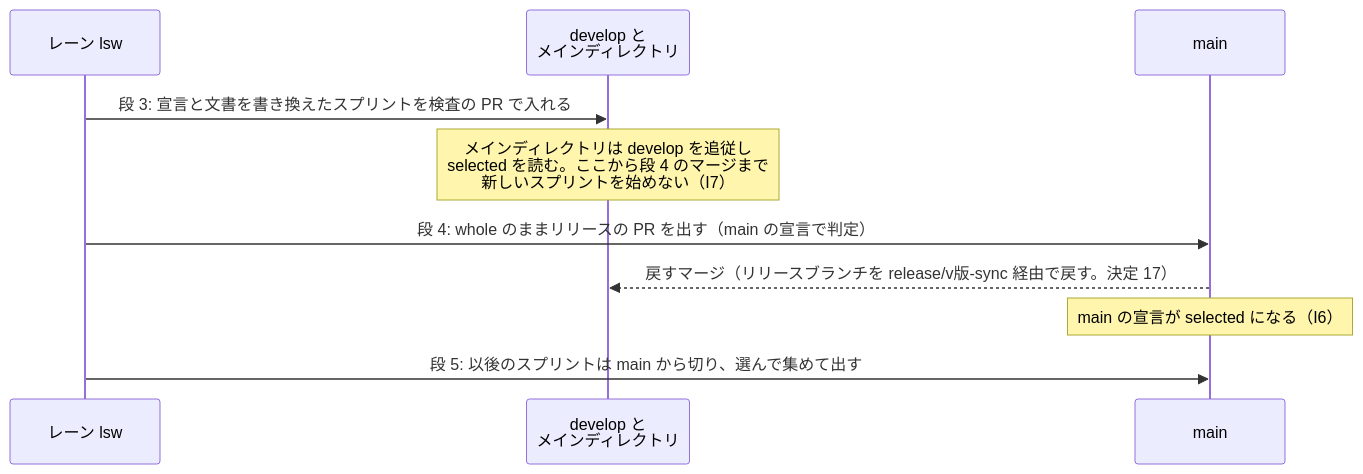
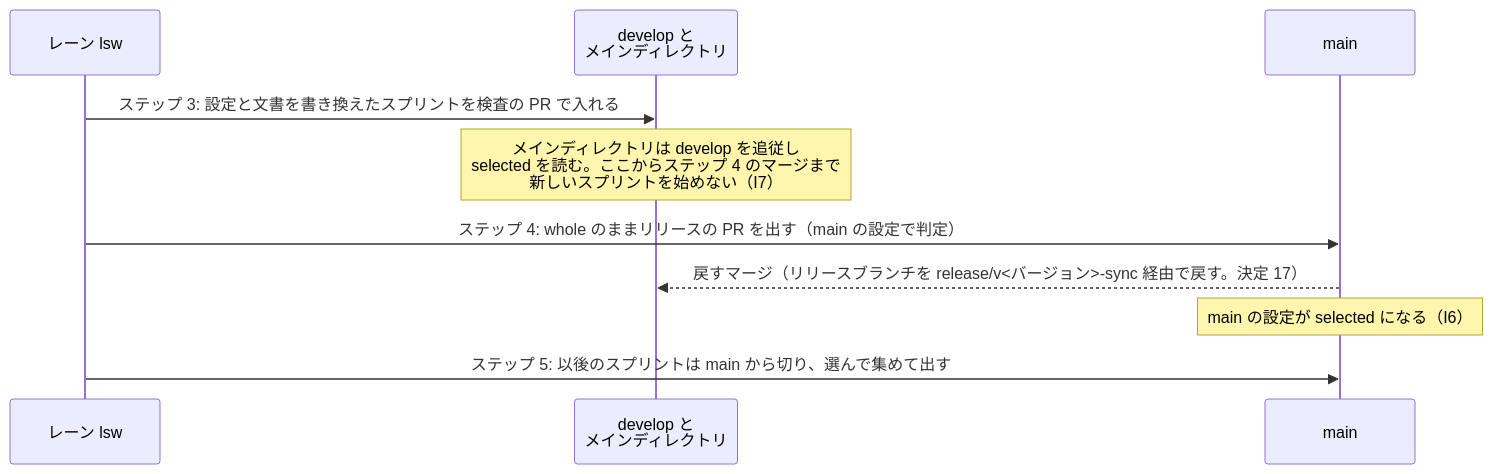
Before and after one commit to devbasex/ai-plugins: the second of 3 diagrams in issues/issue-3119-design.md, drawn with Mermaid. The commit also changed other lines of this file and 8 other files, not shown here.

````diff
--- a/issues/issue-3119-design.md
+++ b/issues/issue-3119-design.md
@@ -196,12 +196,12 @@
 ```mermaid
 sequenceDiagram
     participant L as レーン lsw
     participant D as develop と<br/>メインディレクトリ
     participant M as main
-    L->>D: 段 3: 宣言と文書を書き換えたスプリントを検査の PR で入れる
-    Note over D: メインディレクトリは develop を追従し<br/>selected を読む。ここから段 4 のマージまで<br/>新しいスプリントを始めない（I7）
-    L->>M: 段 4: whole のままリリースの PR を出す（main の宣言で判定）
-    M-->>D: 戻すマージ（リリースブランチを release/v版-sync 経由で戻す。決定 17）
-    Note over M: main の宣言が selected になる（I6）
-    L->>M: 段 5: 以後のスプリントは main から切り、選んで集めて出す
+    L->>D: ステップ 3: 設定と文書を書き換えたスプリントを検査の PR で入れる
+    Note over D: メインディレクトリは develop を追従し<br/>selected を読む。ここからステップ 4 のマージまで<br/>新しいスプリントを始めない（I7）
+    L->>M: ステップ 4: whole のままリリースの PR を出す（main の設定で判定）
+    M-->>D: 戻すマージ（リリースブランチを release/v<バージョン>-sync 経由で戻す。決定 17）
+    Note over M: main の設定が selected になる（I6）
+    L->>M: ステップ 5: 以後のスプリントは main から切り、選んで集めて出す
 ```
````
